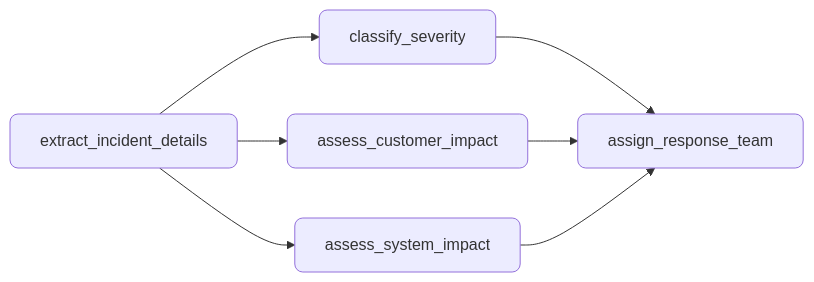
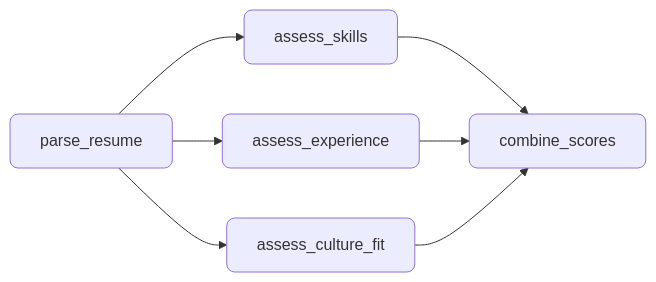
Before and after one commit to Muizzkolapo/agent-actions: the second of 7 diagrams in docs.agent-actions/docs/guides/design-patterns.md, drawn with Mermaid. The commit also changed other lines of this file and 69 other files, not shown here.

````diff
--- a/docs.agent-actions/docs/guides/design-patterns.md
+++ b/docs.agent-actions/docs/guides/design-patterns.md
@@ -134,11 +127,11 @@
 ```mermaid
 flowchart LR
-    A[extract_incident_details] --> B[classify_severity]
-    A --> C[assess_customer_impact]
-    A --> D[assess_system_impact]
-    B --> E[assign_response_team]
+    A[parse_resume] --> B[assess_skills]
+    A --> C[assess_experience]
+    A --> D[assess_culture_fit]
+    B --> E[combine_scores]
     C --> E
     D --> E
 
     classDef default rx:8,ry:8
 ```
````
